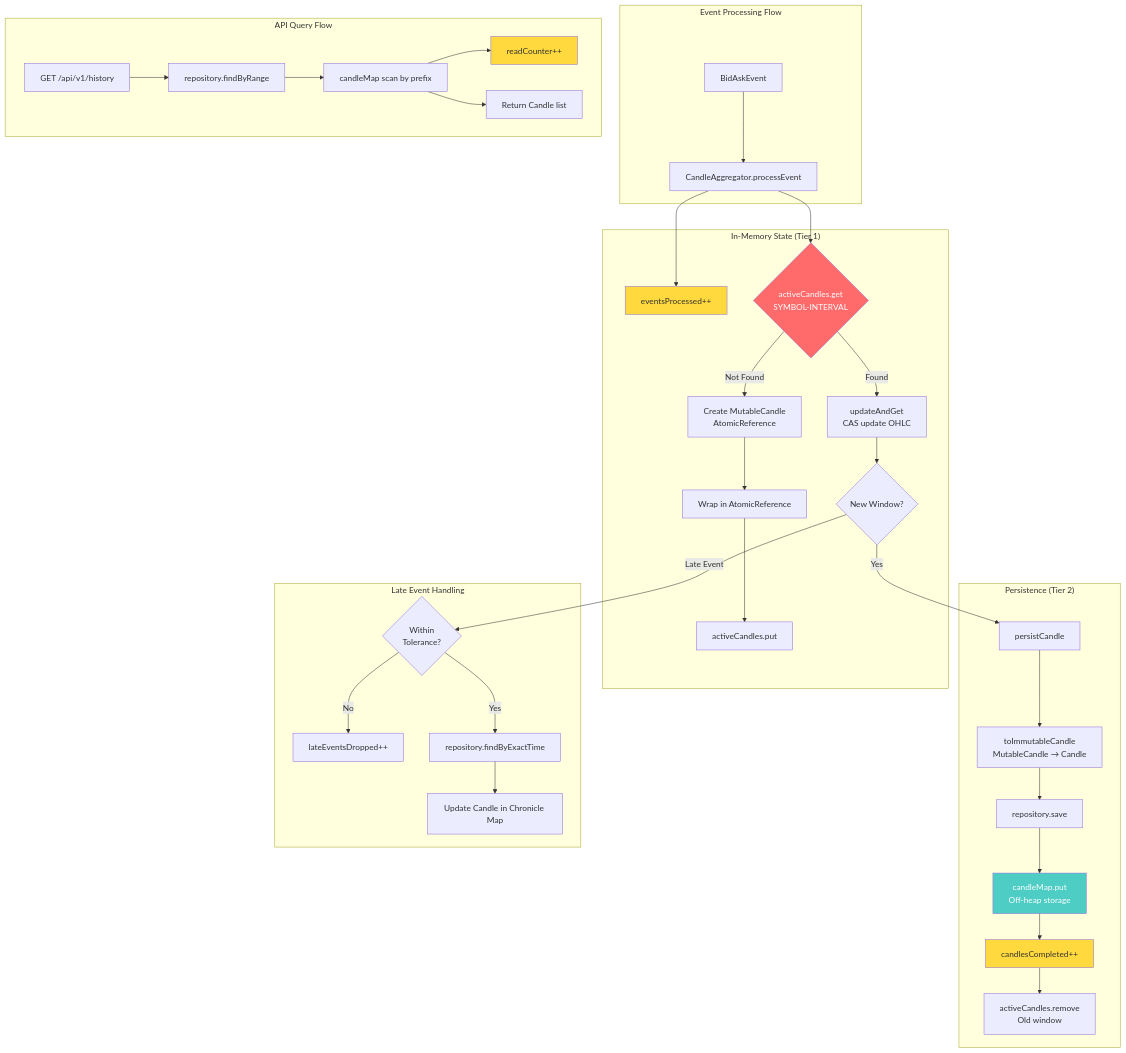
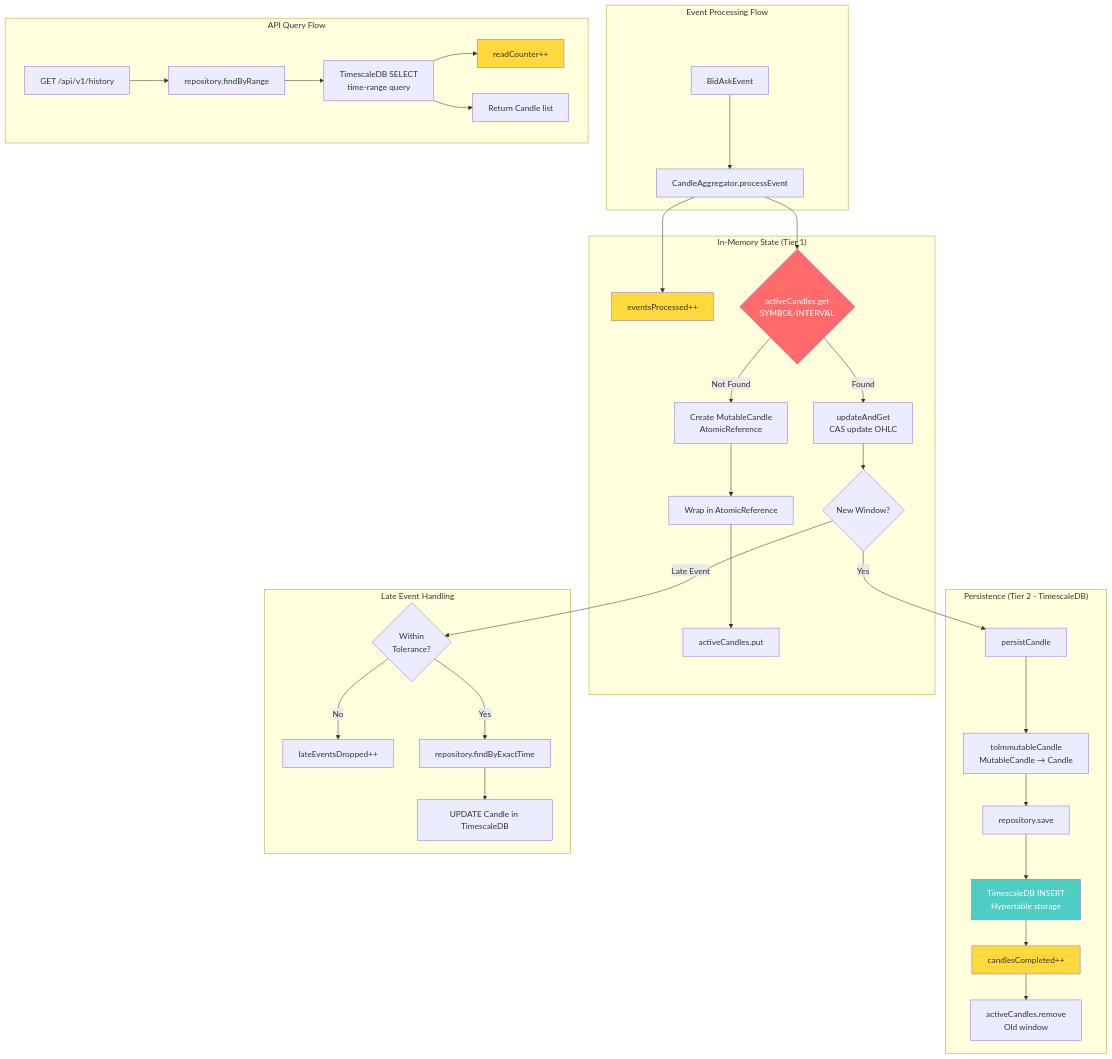
Before and after one commit to 0xkanth/candle-aggregation-service: the eighth of 9 diagrams in README.md, drawn with Mermaid. The commit also changed other lines of this file and 26 other files, not shown here.

Commit message:
doc: remove references of chronicleMap and update references to timescale db (#1)

````diff
--- a/README.md
+++ b/README.md
@@ -377,47 +353,47 @@
 ```mermaid
 graph TB
     subgraph "Event Processing Flow"
         E[BidAskEvent] --> AG[CandleAggregator.processEvent]
     end
     
     subgraph "In-Memory State (Tier 1)"
         AG --> EP[eventsProcessed++]
         AG --> AC{activeCandles.get<br/>SYMBOL-INTERVAL}
         
         AC -->|Not Found| CREATE[Create MutableCandle<br/>AtomicReference]
         AC -->|Found| UPDATE[updateAndGet<br/>CAS update OHLC]
         
         CREATE --> WRAP[Wrap in AtomicReference]
         WRAP --> PUT[activeCandles.put]
         UPDATE --> CHECK{New Window?}
     end
     
-    subgraph "Persistence (Tier 2)"
+    subgraph "Persistence (Tier 2 - TimescaleDB)"
         CHECK -->|Yes| PERSIST[persistCandle]
         PERSIST --> CONVERT[toImmutableCandle<br/>MutableCandle → Candle]
         CONVERT --> SAVE[repository.save]
-        SAVE --> CM[candleMap.put<br/>Off-heap storage]
-        CM --> CC[candlesCompleted++]
+        SAVE --> TS[TimescaleDB INSERT<br/>Hypertable storage]
+        TS --> CC[candlesCompleted++]
         CC --> REMOVE[activeCandles.remove<br/>Old window]
     end
     
     subgraph "Late Event Handling"
         CHECK -->|Late Event| LATE{Within<br/>Tolerance?}
         LATE -->|No| DROP[lateEventsDropped++]
         LATE -->|Yes| FIND[repository.findByExactTime]
-        FIND --> UPDCM[Update Candle in Chronicle Map]
+        FIND --> UPDTS[UPDATE Candle in TimescaleDB]
     end
     
     subgraph "API Query Flow"
         API[GET /api/v1/history] --> QUERY[repository.findByRange]
-        QUERY --> SCAN[candleMap scan by prefix]
+        QUERY --> SCAN[TimescaleDB SELECT<br/>time-range query]
         SCAN --> RC[readCounter++]
         SCAN --> RESP[Return Candle list]
     end
     
     style AC fill:#ff6b6b,color:#fff
-    style CM fill:#4ecdc4,color:#fff
+    style TS fill:#4ecdc4,color:#fff
     style EP fill:#ffd93d
     style CC fill:#ffd93d
     style RC fill:#ffd93d
 ```
````
